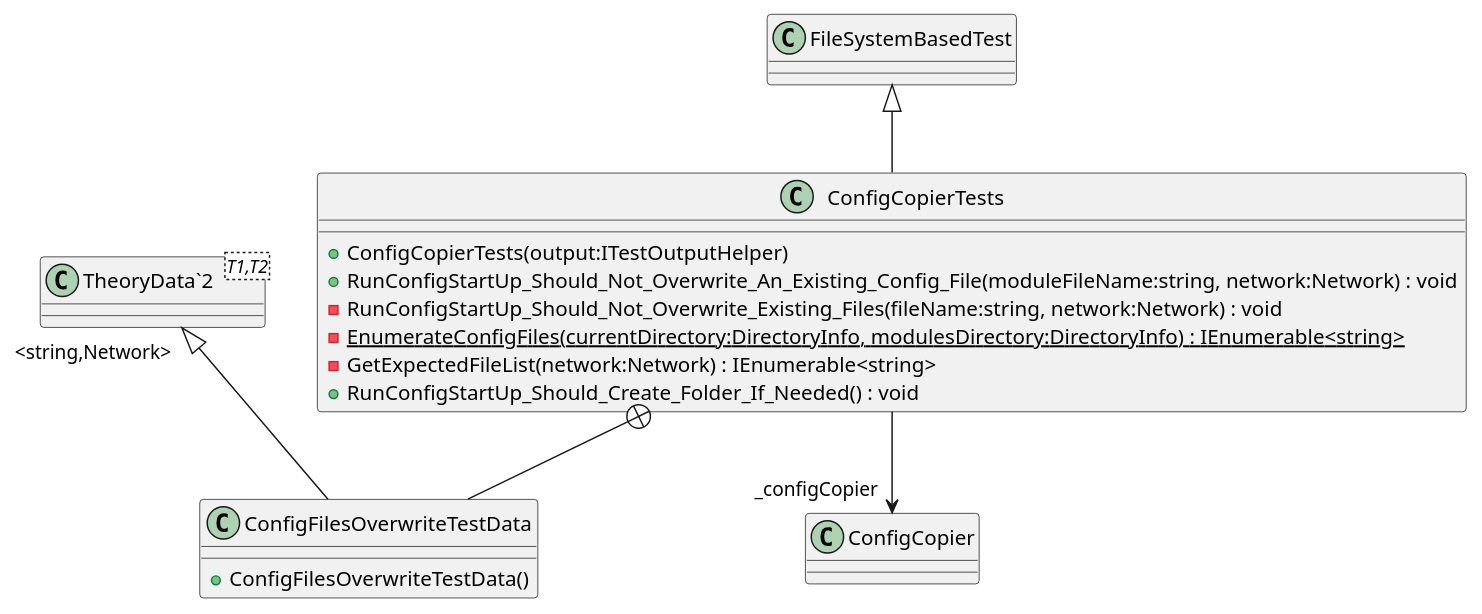
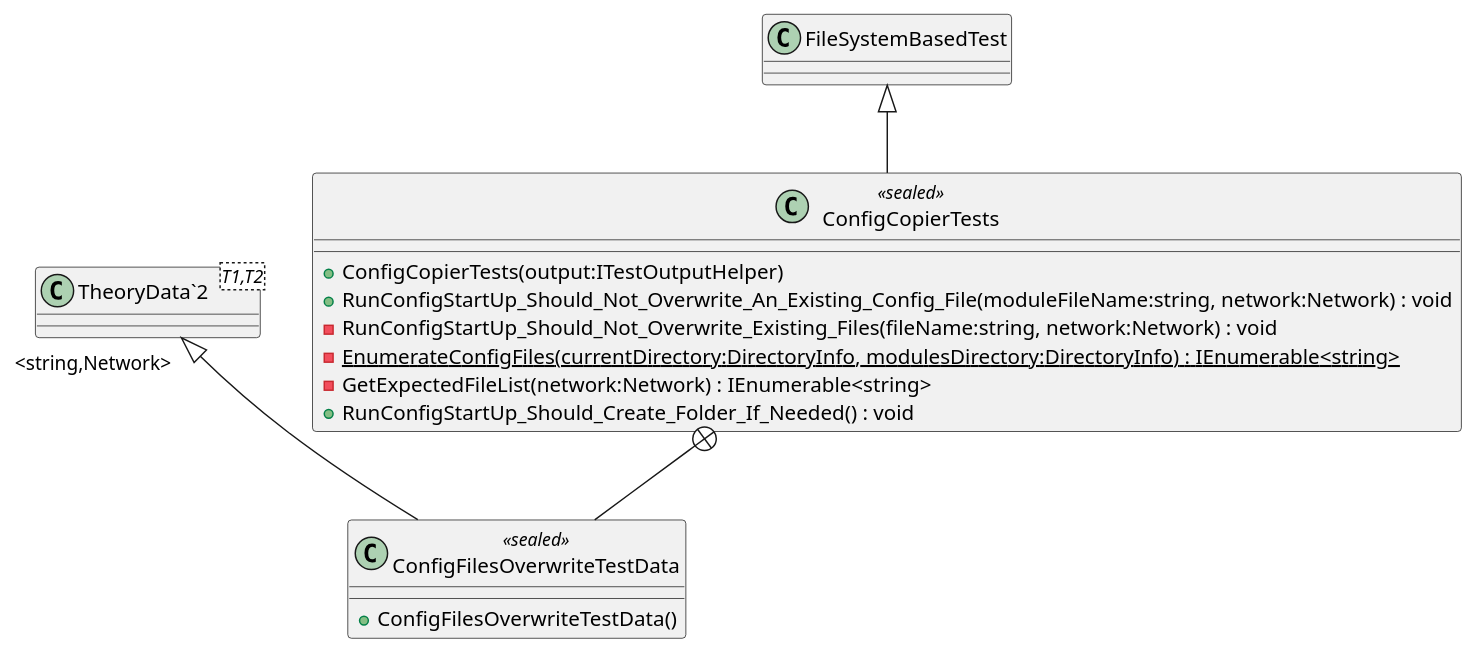
One commit to catalyst-network/Catalyst changed the diagram in Documentation/UML/Catalyst.Node.Core.UnitTests/Config/ConfigCopierTests.puml. Above: the diagram before and after it, drawn with PlantUML. The commit also changed 285 other files, not shown here.

Commit message:
update uml

```diff
--- a/Documentation/UML/Catalyst.Node.Core.UnitTests/Config/ConfigCopierTests.puml
+++ b/Documentation/UML/Catalyst.Node.Core.UnitTests/Config/ConfigCopierTests.puml
@@ -1,19 +1,18 @@
 @startuml
-class ConfigCopierTests {
+class ConfigCopierTests <<sealed>> {
     + ConfigCopierTests(output:ITestOutputHelper)
     + RunConfigStartUp_Should_Not_Overwrite_An_Existing_Config_File(moduleFileName:string, network:Network) : void
     - RunConfigStartUp_Should_Not_Overwrite_Existing_Files(fileName:string, network:Network) : void
     - {static} EnumerateConfigFiles(currentDirectory:DirectoryInfo, modulesDirectory:DirectoryInfo) : IEnumerable<string>
     - GetExpectedFileList(network:Network) : IEnumerable<string>
     + RunConfigStartUp_Should_Create_Folder_If_Needed() : void
 }
-class ConfigFilesOverwriteTestData {
+class ConfigFilesOverwriteTestData <<sealed>> {
     + ConfigFilesOverwriteTestData()
 }
 class "TheoryData`2"<T1,T2> {
 }
 FileSystemBasedTest <|-- ConfigCopierTests
-ConfigCopierTests --> "_configCopier" ConfigCopier
 ConfigCopierTests +-- ConfigFilesOverwriteTestData
 "TheoryData`2" "<string,Network>" <|-- ConfigFilesOverwriteTestData
 @enduml
```
